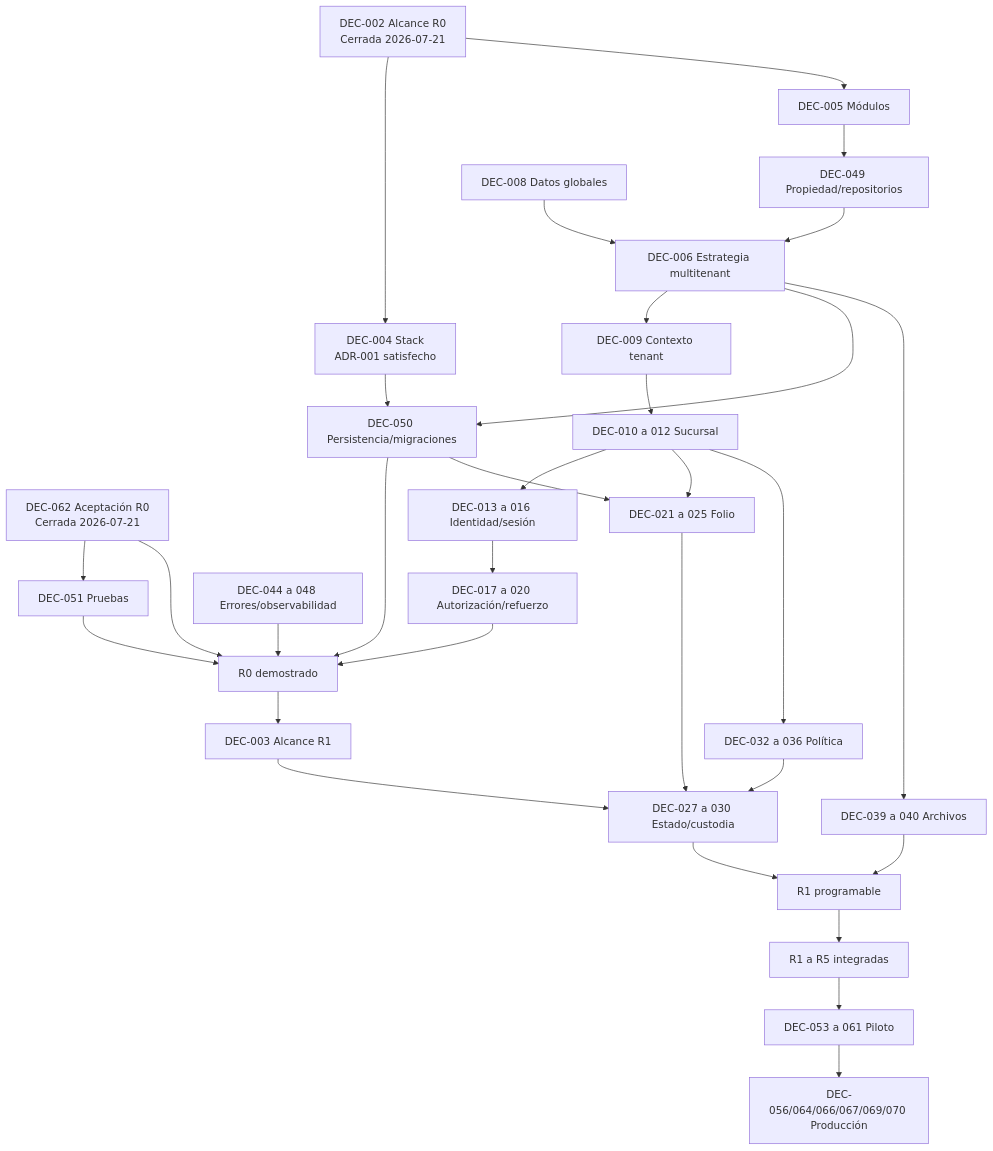
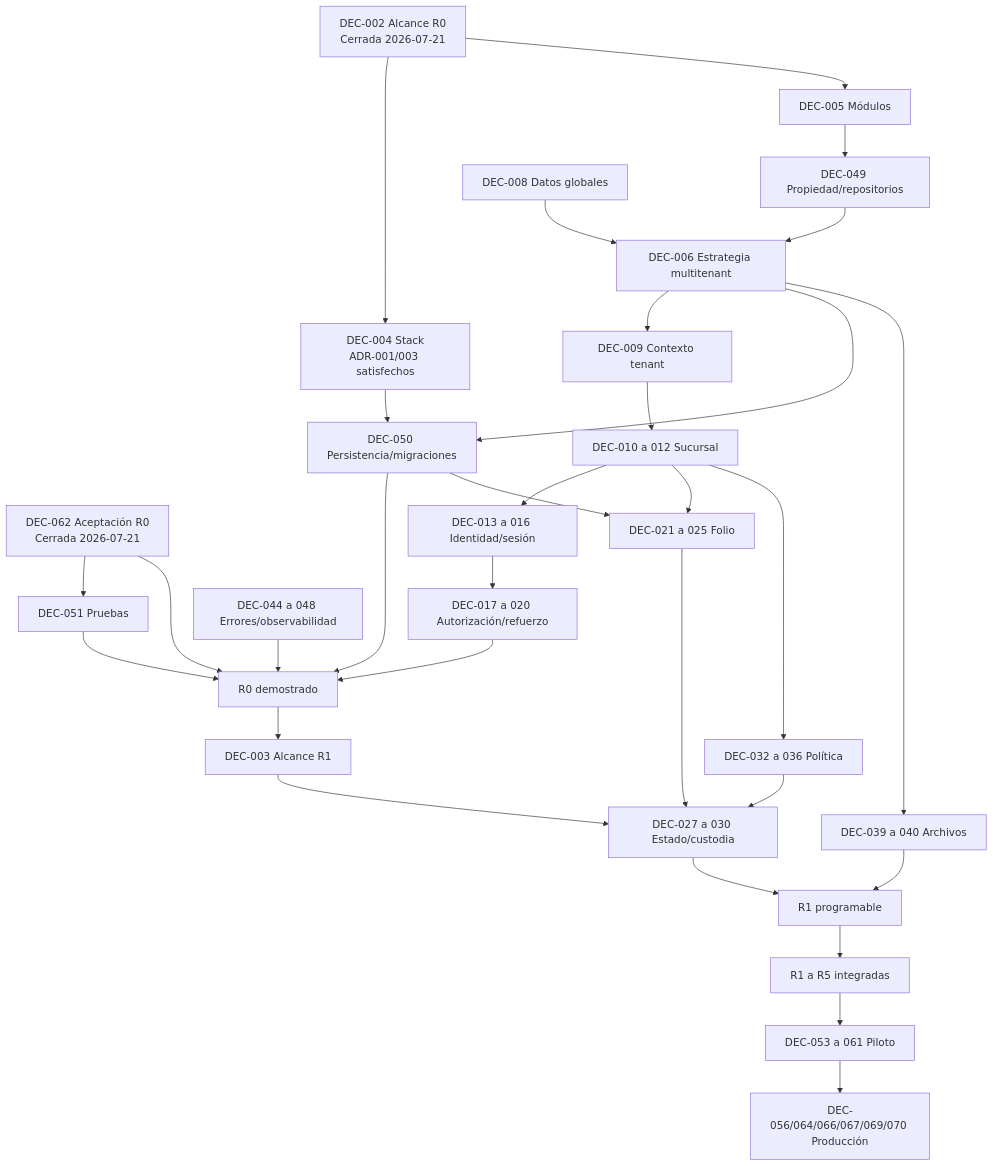
One commit to luisgtzaviles/SrTaller-2.0 changed the diagram in docs/architecture-readiness/blocker-closure/DEPENDENCIAS_ENTRE_DECISIONES.md. Above: the diagram before and after it, drawn with Mermaid. The commit also changed other lines of this file and 54 other files, not shown here.

````diff
--- a/docs/architecture-readiness/blocker-closure/DEPENDENCIAS_ENTRE_DECISIONES.md
+++ b/docs/architecture-readiness/blocker-closure/DEPENDENCIAS_ENTRE_DECISIONES.md
@@ -5,37 +5,37 @@
 ```mermaid
 flowchart TD
-    SCOPE[DEC-002 Alcance R0<br/>Cerrada 2026-07-21] --> STACK[DEC-004 Stack<br/>ADR-001 satisfecho]
+    SCOPE[DEC-002 Alcance R0<br/>Cerrada 2026-07-21] --> STACK[DEC-004 Stack<br/>ADR-001/003 satisfechos]
     SCOPE --> MODULES[DEC-005 Módulos]
     ACCEPT[DEC-062 Aceptación R0<br/>Cerrada 2026-07-21] --> TEST[DEC-051 Pruebas]
     ACCEPT --> R0
     STACK --> DATA[DEC-050 Persistencia/migraciones]
     MODULES --> OWN[DEC-049 Propiedad/repositorios]
 
     GLOBAL[DEC-008 Datos globales] --> MT[DEC-006 Estrategia multitenant]
     OWN --> MT
     MT --> TC[DEC-009 Contexto tenant]
     TC --> BR[DEC-010 a 012 Sucursal]
     BR --> ID[DEC-013 a 016 Identidad/sesión]
     ID --> AUTH[DEC-017 a 020 Autorización/refuerzo]
     MT --> DATA
 
     TEST[DEC-051 Pruebas] --> R0[R0 demostrado]
     AUTH --> R0
     DATA --> R0
     OBS[DEC-044 a 048 Errores/observabilidad] --> R0
 
     R0 --> R1S[DEC-003 Alcance R1]
     BR --> FOLIO[DEC-021 a 025 Folio]
     DATA --> FOLIO
     R1S --> CUST[DEC-027 a 030 Estado/custodia]
     FOLIO --> CUST
     BR --> POLICY[DEC-032 a 036 Política]
     POLICY --> CUST
     MT --> FILES[DEC-039 a 040 Archivos]
     CUST --> R1[R1 programable]
     FILES --> R1
 
     R1 --> MVP[R1 a R5 integradas]
     MVP --> PILOT[DEC-053 a 061 Piloto]
     PILOT --> PROD[DEC-056/064/066/067/069/070 Producción]
 ```
````
